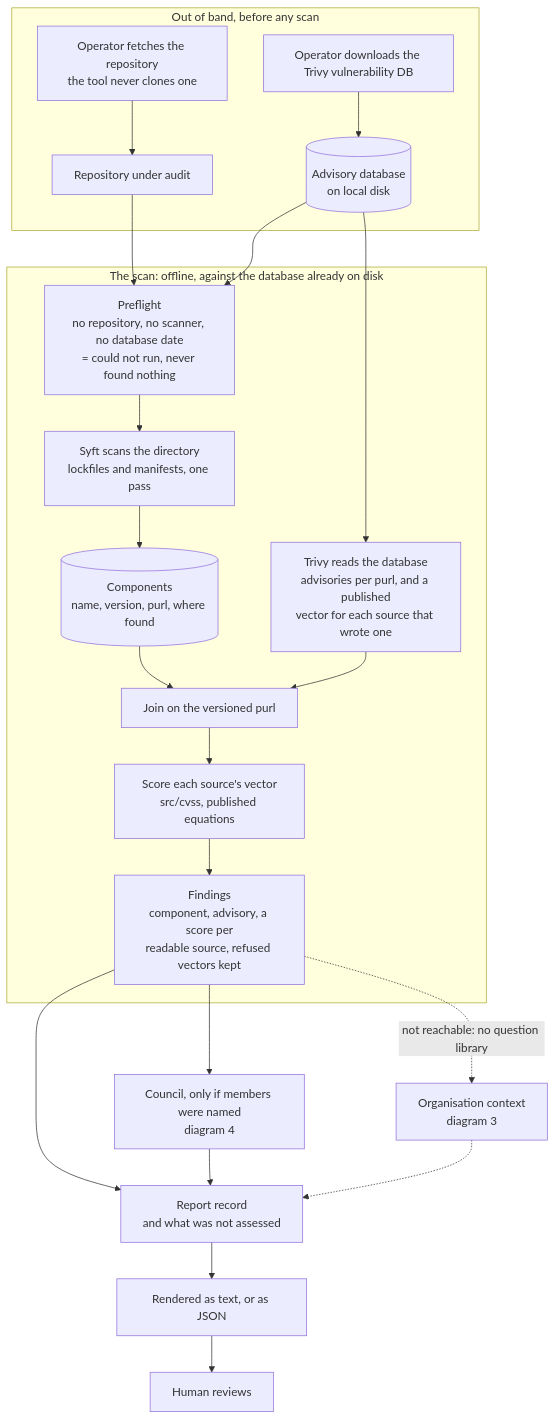
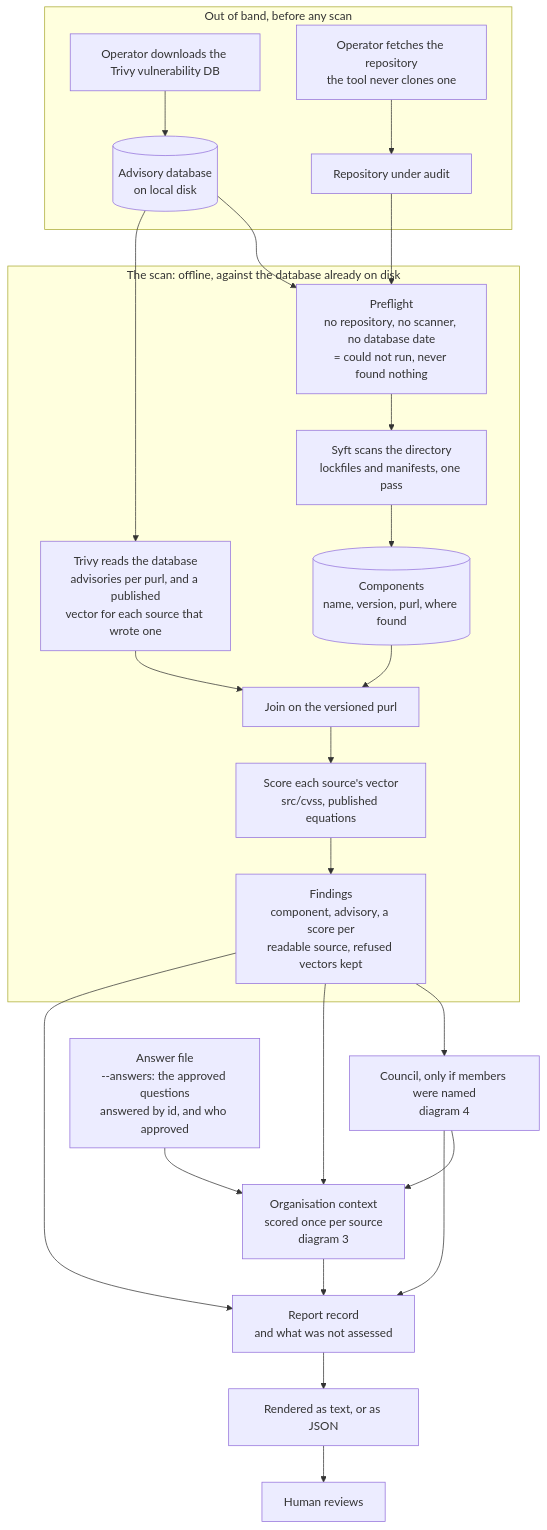
One commit to heinthtnaung/AgenticLLMAppAuditor changed the first of 5 diagrams in docs/diagrams.md. Above: the diagram before and after it, drawn with Mermaid. The commit also changed other lines of this file and 2 other files, not shown here.

Commit message:
Document the organisation risk score

````diff
--- a/docs/diagrams.md
+++ b/docs/diagrams.md
@@ -37,30 +36,32 @@
 ```mermaid
 flowchart TD
     subgraph OOB["Out of band, before any scan"]
         fetch["Operator downloads the Trivy vulnerability DB"] --> adb[("Advisory database<br/>on local disk")]
         get["Operator fetches the repository<br/>the tool never clones one"] --> repo["Repository under audit"]
     end
 
     subgraph SCAN["The scan: offline, against the database already on disk"]
         pre["Preflight<br/>no repository, no scanner, no database date<br/>= could not run, never found nothing"]
         repo --> pre
         pre --> syft["Syft scans the directory<br/>lockfiles and manifests, one pass"]
         syft --> comp[("Components<br/>name, version, purl, where found")]
         trivy["Trivy reads the database<br/>advisories per purl, and a published<br/>vector for each source that wrote one"]
         comp --> join["Join on the versioned purl"]
         trivy --> join
         join --> asm["Score each source's vector<br/>src/cvss, published equations"]
         asm --> fin["Findings<br/>component, advisory, a score per<br/>readable source, refused vectors kept"]
     end
 
     adb --> pre
     adb --> trivy
 
     fin --> cou["Council, only if members were named<br/>diagram 4"]
+    fin --> ctx["Organisation context<br/>scored once per source<br/>diagram 3"]
+    ans["Answer file<br/>--answers: the approved questions<br/>answered by id, and who approved"] --> ctx
+    cou --> ctx
     fin --> rec["Report record<br/>and what was not assessed"]
     cou --> rec
-    fin -. "not reachable: no question library" .-> ctx["Organisation context<br/>diagram 3"]
-    ctx -.-> rec
+    ctx --> rec
     rec --> out["Rendered as text, or as JSON"]
     out --> hum["Human reviews"]
 ```
````
